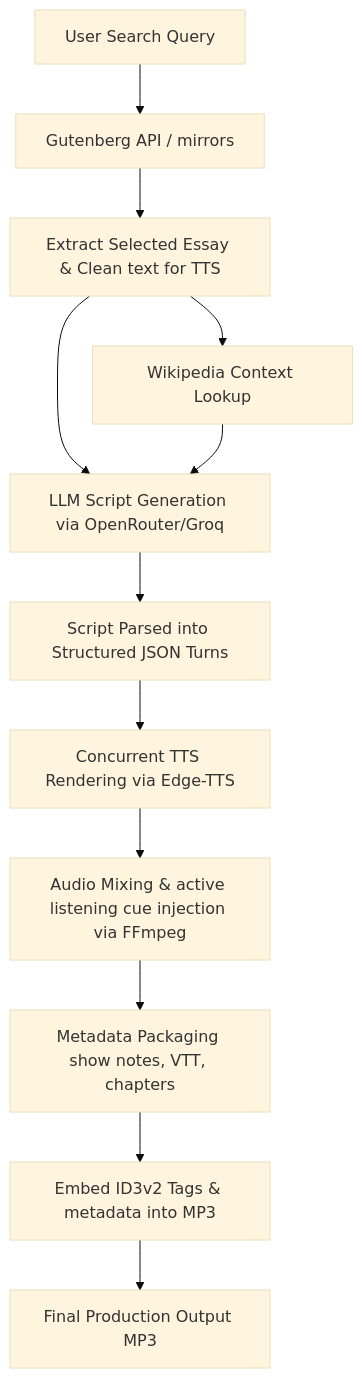
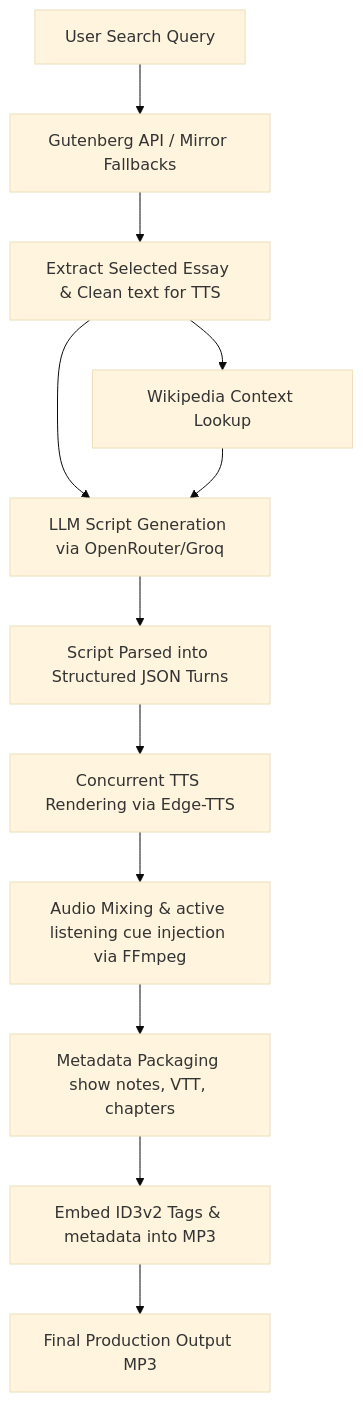
Before and after one commit to kvothdevian/Podcastmaker: the diagram in README.md, drawn with Mermaid (base theme). The commit also changed other lines of this file, not shown here.

````diff
--- a/README.md
+++ b/README.md
@@ -13,13 +18,13 @@
 ```mermaid
 graph TD
-    A[User Search Query] --> B[Gutenberg API / mirrors]
+    A[User Search Query] --> B[Gutenberg API / Mirror Fallbacks]
     B --> C[Extract Selected Essay & Clean text for TTS]
     C --> D[Wikipedia Context Lookup]
     C & D --> E[LLM Script Generation via OpenRouter/Groq]
     E --> F[Script Parsed into Structured JSON Turns]
     F --> G[Concurrent TTS Rendering via Edge-TTS]
     G --> H[Audio Mixing & active listening cue injection via FFmpeg]
     H --> I[Metadata Packaging show notes, VTT, chapters]
     I --> J[Embed ID3v2 Tags & metadata into MP3]
     J --> K[Final Production Output MP3]
 ```
````
